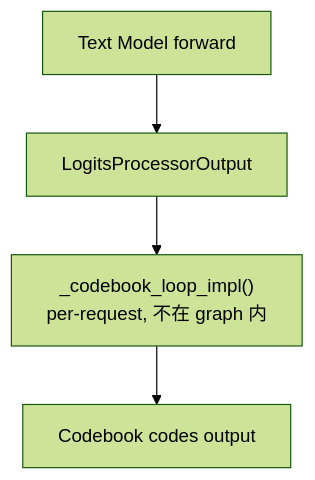
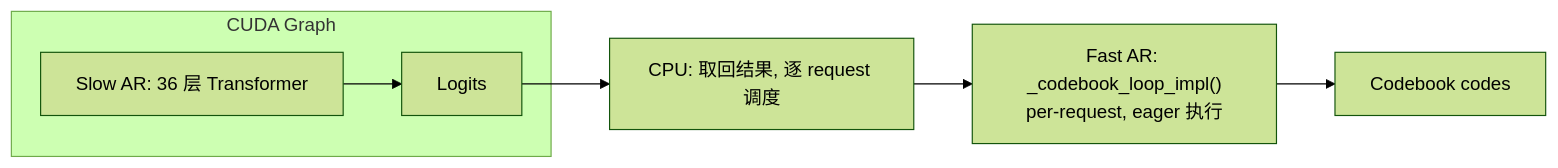
One commit to zhaochenyang20/Awesome-ML-SYS-Tutorial changed the first of 6 diagrams in torch/cuda-graph/readme-3.md. Above: the diagram before and after it, drawn with Mermaid (forest theme). The commit also changed other lines of this file, not shown here.

Commit message:
[CUDA Graph] update mermaid

````diff
--- a/torch/cuda-graph/readme-3.md
+++ b/torch/cuda-graph/readme-3.md
@@ -138,6 +138,9 @@
 ```mermaid
-graph TD
-    A["Text Model forward"] --> B["LogitsProcessorOutput"]
-    B --> C["_codebook_loop_impl()<br/>per-request, 不在 graph 内"]
-    C --> D["Codebook codes output"]
+graph LR
+    subgraph "CUDA Graph"
+        A["Slow AR: 36 层 Transformer"] --> B["Logits"]
+    end
+    B --> C["CPU: 取回结果, 逐 request 调度"]
+    C --> D["Fast AR: _codebook_loop_impl()<br/>per-request, eager 执行"]
+    D --> E["Codebook codes"]
 ```
````
